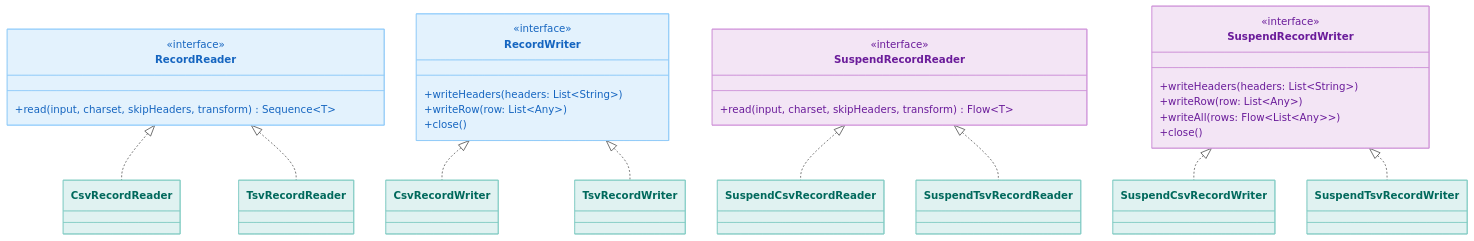
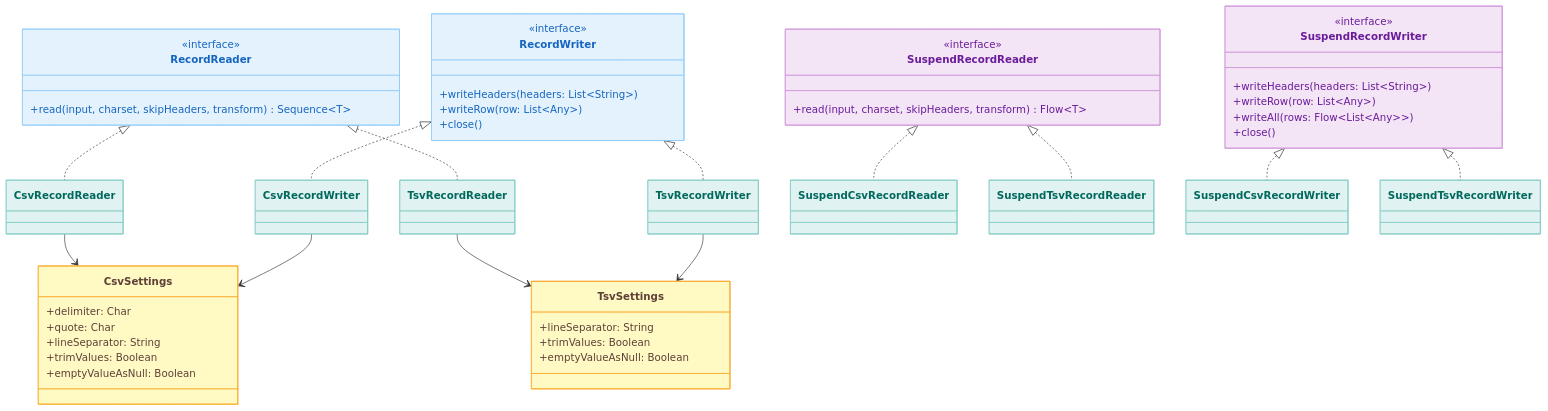
One commit to bluetape4k/bluetape4k-projects changed the first of 2 diagrams in io/csv/README.ko.md. Above: the diagram before and after it, drawn with Mermaid. The commit also changed other lines of this file and 1 other file, not shown here.

Commit message:
docs(csv): README.md / README.ko.md — 자체 엔진 기반으로 업데이트 (univocity 제거 반영)

````diff
--- a/io/csv/README.ko.md
+++ b/io/csv/README.ko.md
@@ -16,50 +17,70 @@
 ```mermaid
 classDiagram
     class RecordReader {
         <<interface>>
         +read(input, charset, skipHeaders, transform) Sequence~T~
     }
 
     class RecordWriter {
         <<interface>>
         +writeHeaders(headers: List~String~)
         +writeRow(row: List~Any~)
         +close()
     }
 
     class SuspendRecordReader {
         <<interface>>
         +read(input, charset, skipHeaders, transform) Flow~T~
     }
 
     class SuspendRecordWriter {
         <<interface>>
         +writeHeaders(headers: List~String~)
         +writeRow(row: List~Any~)
         +writeAll(rows: Flow~List~Any~~)
         +close()
     }
 
+    class CsvSettings {
+        +delimiter: Char
+        +quote: Char
+        +lineSeparator: String
+        +trimValues: Boolean
+        +emptyValueAsNull: Boolean
+    }
+
+    class TsvSettings {
+        +lineSeparator: String
+        +trimValues: Boolean
+        +emptyValueAsNull: Boolean
+    }
 
     RecordReader <|.. CsvRecordReader
     RecordReader <|.. TsvRecordReader
     RecordWriter <|.. CsvRecordWriter
     RecordWriter <|.. TsvRecordWriter
     SuspendRecordReader <|.. SuspendCsvRecordReader
     SuspendRecordReader <|.. SuspendTsvRecordReader
     SuspendRecordWriter <|.. SuspendCsvRecordWriter
     SuspendRecordWriter <|.. SuspendTsvRecordWriter
+
+    CsvRecordReader --> CsvSettings
+    CsvRecordWriter --> CsvSettings
+    TsvRecordReader --> TsvSettings
+    TsvRecordWriter --> TsvSettings
 
     style RecordReader fill:#E3F2FD,stroke:#90CAF9,color:#1565C0
     style RecordWriter fill:#E3F2FD,stroke:#90CAF9,color:#1565C0
     style SuspendRecordReader fill:#F3E5F5,stroke:#CE93D8,color:#6A1B9A
     style SuspendRecordWriter fill:#F3E5F5,stroke:#CE93D8,color:#6A1B9A
     style CsvRecordReader fill:#E0F2F1,stroke:#80CBC4,color:#00695C
     style TsvRecordReader fill:#E0F2F1,stroke:#80CBC4,color:#00695C
     style CsvRecordWriter fill:#E0F2F1,stroke:#80CBC4,color:#00695C
     style TsvRecordWriter fill:#E0F2F1,stroke:#80CBC4,color:#00695C
     style SuspendCsvRecordReader fill:#E0F2F1,stroke:#80CBC4,color:#00695C
     style SuspendTsvRecordReader fill:#E0F2F1,stroke:#80CBC4,color:#00695C
     style SuspendCsvRecordWriter fill:#E0F2F1,stroke:#80CBC4,color:#00695C
     style SuspendTsvRecordWriter fill:#E0F2F1,stroke:#80CBC4,color:#00695C
+    style CsvSettings fill:#FFF9C4,stroke:#F9A825,color:#5D4037
+    style TsvSettings fill:#FFF9C4,stroke:#F9A825,color:#5D4037
 ```
````
